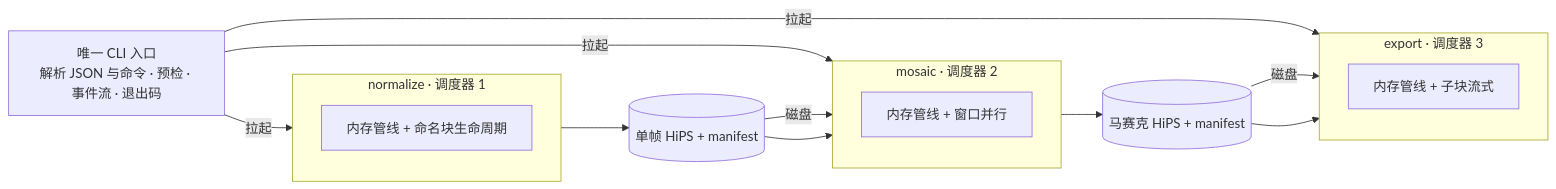
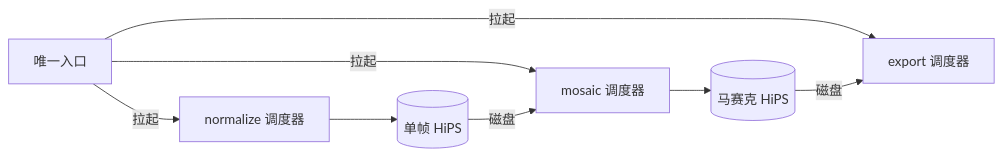
Before and after one commit to fujiaze/Astro-CS-Database: the eighth of 10 diagrams in docs/ASTROCS_DESIGN.md, drawn with Mermaid. The commit also changed other lines of this file and 1 other file, not shown here.

````diff
--- a/docs/ASTROCS_DESIGN.md
+++ b/docs/ASTROCS_DESIGN.md
@@ -600,19 +367,10 @@
 ```mermaid
 flowchart LR
-    CLI["唯一 CLI 入口<br/>解析 JSON 与命令 · 预检 · 事件流 · 退出码"]
-    CLI -->|拉起| P1
-    CLI -->|拉起| P2
-    CLI -->|拉起| P3
-    subgraph P1["normalize · 调度器 1"]
-        A1["内存管线 + 命名块生命周期"]
-    end
-    H1[("单帧 HiPS + manifest")] -->|磁盘| P2
-    subgraph P2["mosaic · 调度器 2"]
-        A2["内存管线 + 窗口并行"]
-    end
-    H2[("马赛克 HiPS + manifest")] -->|磁盘| P3
-    subgraph P3["export · 调度器 3"]
-        A3["内存管线 + 子块流式"]
-    end
-    P1 --> H1 --> P2 --> H2 --> P3
+    CLI["唯一入口"] -->|拉起| P1["normalize 调度器"]
+    CLI -->|拉起| P2["mosaic 调度器"]
+    CLI -->|拉起| P3["export 调度器"]
+    P1 --> H1[("单帧 HiPS")]
+    H1 -->|磁盘| P2
+    P2 --> H2[("马赛克 HiPS")]
+    H2 -->|磁盘| P3
 ```
````
